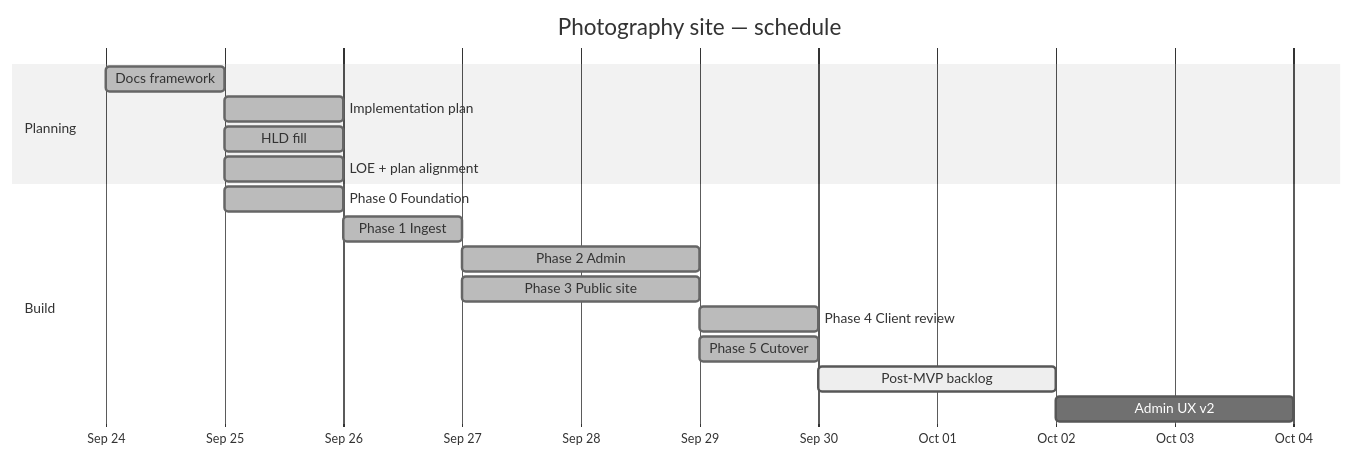
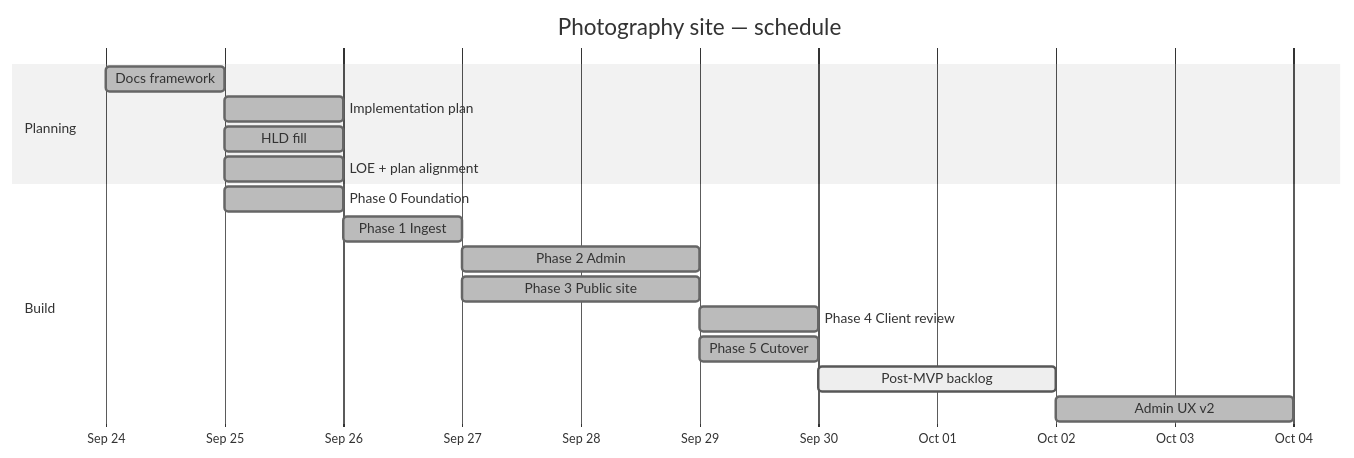
Before and after one commit to cjlawson02/photography: the diagram in docs/PROGRESS.md, drawn with Mermaid (neutral theme). The commit also changed other lines of this file and 5 other files, not shown here.

First line of the commit message:
Close Phase 2.6: RHF/zod purge form and mark Admin UX v2 done.

````diff
--- a/docs/PROGRESS.md
+++ b/docs/PROGRESS.md
@@ -30,22 +30,22 @@
 ```mermaid
 gantt
   title Photography site — schedule
   dateFormat YYYY-MM-DD
   axisFormat %b %d
 
   section Planning
   Docs framework            :done,    docs, 2026-09-24, 1d
   Implementation plan       :done,    impl, 2026-09-25, 1d
   HLD fill                  :done,    hld,  2026-09-25, 1d
   LOE + plan alignment      :done,    loe,  2026-09-25, 1d
 
   section Build
   Phase 0 Foundation        :done,    p0, 2026-09-25, 1d
   Phase 1 Ingest            :done,    p1, after p0, 1d
   Phase 2 Admin             :done,    p2, after p1, 2d
   Phase 3 Public site       :done,    p3, after p1, 2d
   Phase 4 Client review     :done,    p4, after p2, 1d
   Phase 5 Cutover           :done,    p5, after p3, 1d
   Post-MVP backlog          :active,  p25, after p4, 2d
-  Admin UX v2               :         p26, after p25, 2d
+  Admin UX v2               :done,    p26, after p25, 2d
 ```
````
